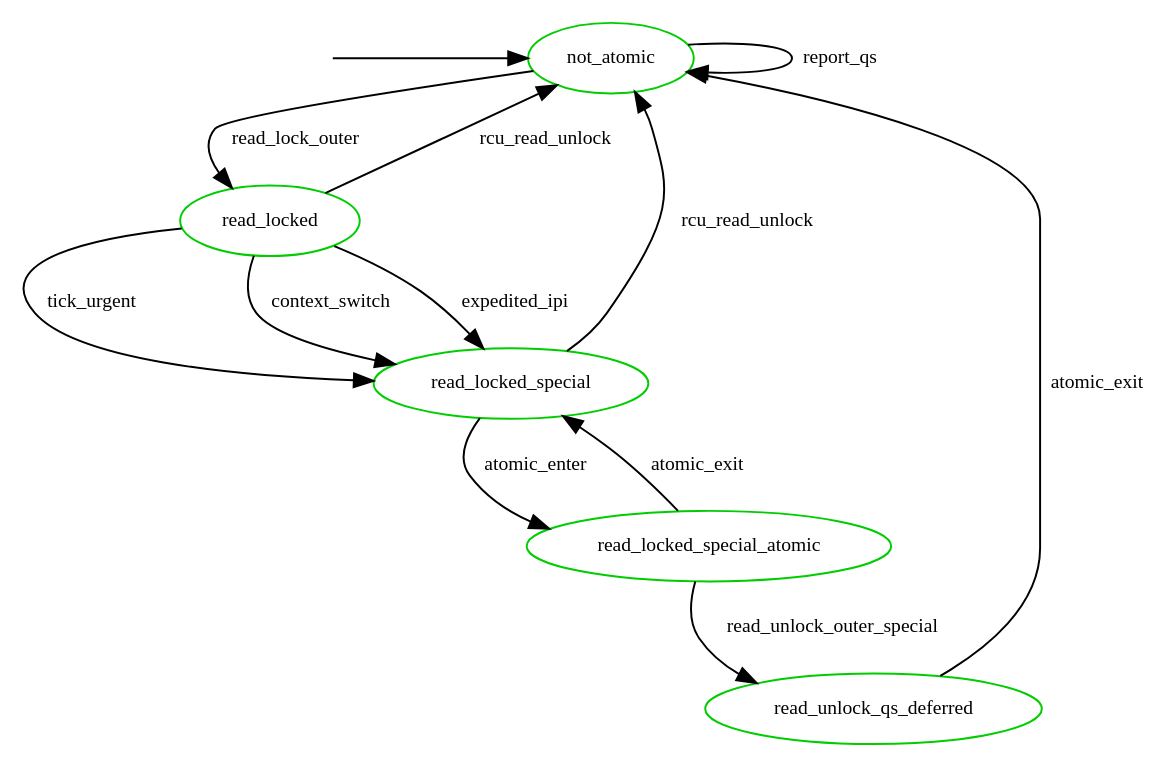
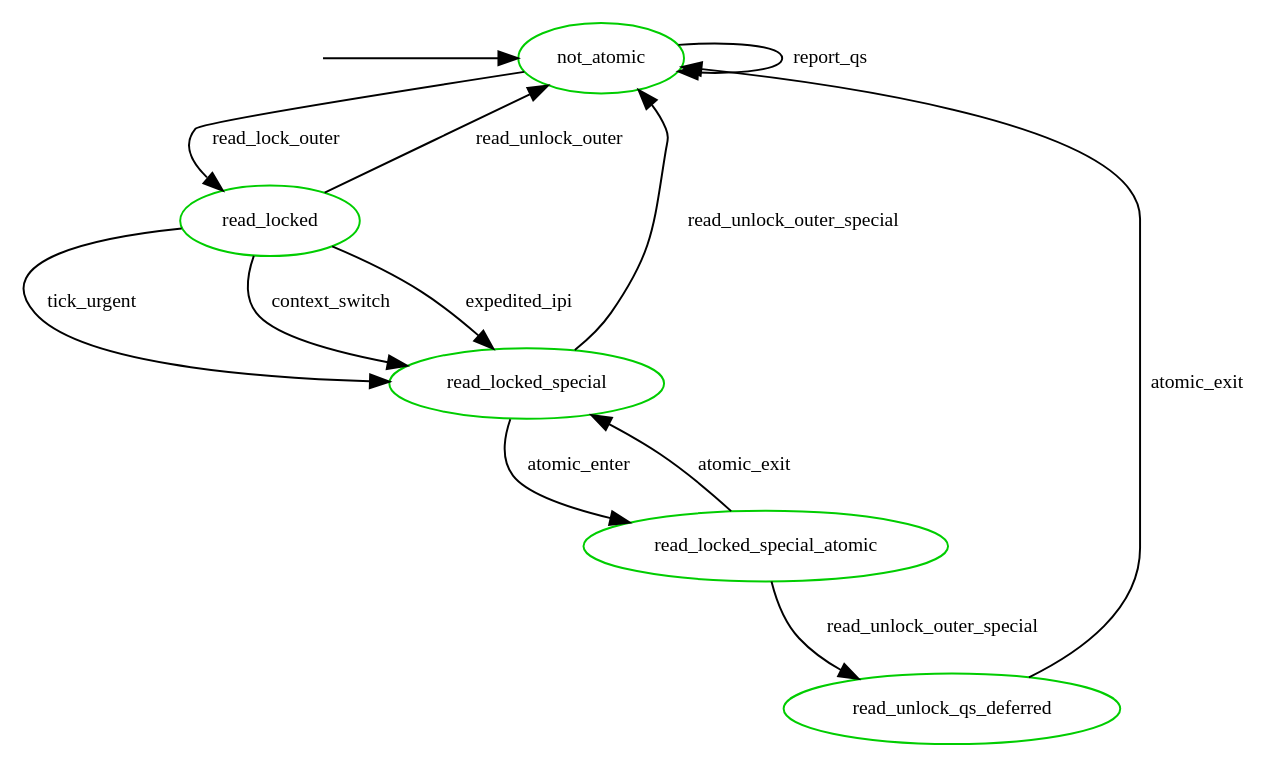
The diagram in Dot_Models/defer_rlock_atomic_runlock.dot (joelagnel/RCU_Supremica), drawn with Graphviz before and after one commit.

```diff
--- a/Dot_Models/defer_rlock_atomic_runlock.dot
+++ b/Dot_Models/defer_rlock_atomic_runlock.dot
@@ -1,39 +1,39 @@
 digraph state_automaton {
 	center = true;
 	// size = "700,800";
 	nodesep = 0.7;
 	{node [shape = plaintext, style=invis, label=""] "__init_not_atomic"};
 	node [shape = ellipse, fontsize=10, color = green3];
 	edge [fontsize=10];
 
 	"__init_not_atomic" -> "not_atomic";
 
 	/* Handling for read-lock, pirq dis, read-unlock, pirq en */
 	"not_atomic" [label = "not_atomic"]; 
 	"read_locked" [label = "read_locked"]; 
 	"read_locked_special" [label = "read_locked_special"]; 
 	"read_locked_special_atomic" [label = "read_locked_special_atomic"]; 
 	"read_unlock_qs_deferred" [label = "read_unlock_qs_deferred"]; 
 
 	"not_atomic" -> "not_atomic" [ label = "report_qs" ];
 	"not_atomic" -> "read_locked" [ label = "read_lock_outer" ];
 
-	"read_locked" -> "not_atomic" [ label = "rcu_read_unlock" ];
+	"read_locked" -> "not_atomic" [ label = "read_unlock_outer" ];
 	"read_locked" -> "read_locked_special" [ label = "tick_urgent" ];
 	"read_locked" -> "read_locked_special" [ label = "context_switch" ];
 	"read_locked" -> "read_locked_special" [ label = "expedited_ipi" ];
 
-	"read_locked_special" -> "not_atomic" [ label = "rcu_read_unlock" ];
+	"read_locked_special" -> "not_atomic" [ label = "read_unlock_outer_special" ];
 
 	"read_locked_special" -> "read_locked_special_atomic" [ label = "atomic_enter" ];
 	"read_locked_special_atomic" -> "read_locked_special" [ label = "atomic_exit" ];
 
 	"read_locked_special_atomic" -> "read_unlock_qs_deferred" [ label = "read_unlock_outer_special" ];
 
 	"read_unlock_qs_deferred" -> "not_atomic" [ label = "atomic_exit" ];
 
 	{ rank = min ;
 		"__init_not_atomic";
 		"not_atomic";
 	}
 }
```
